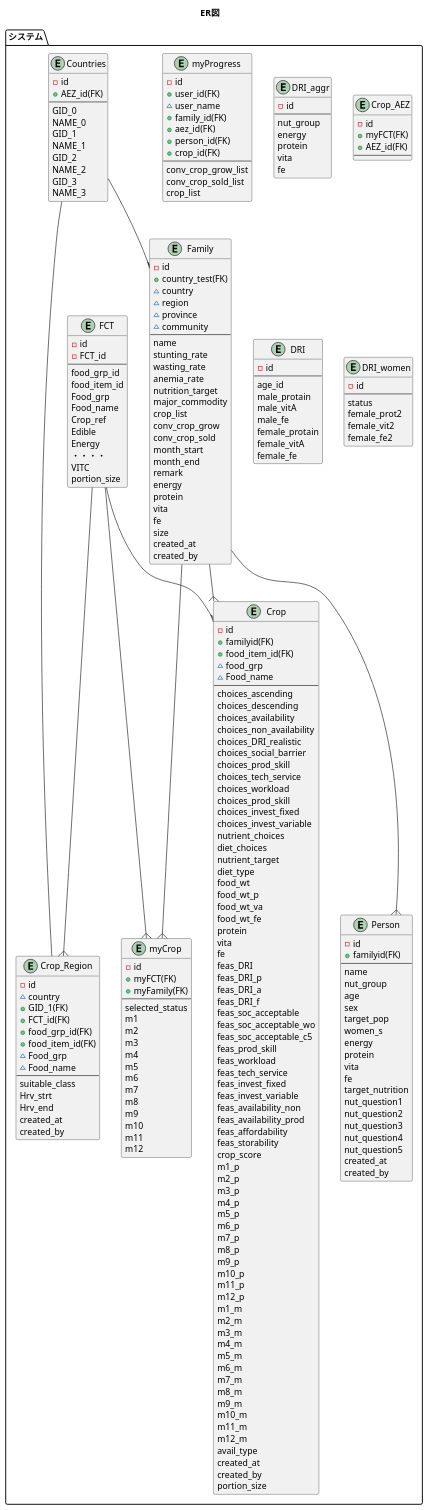
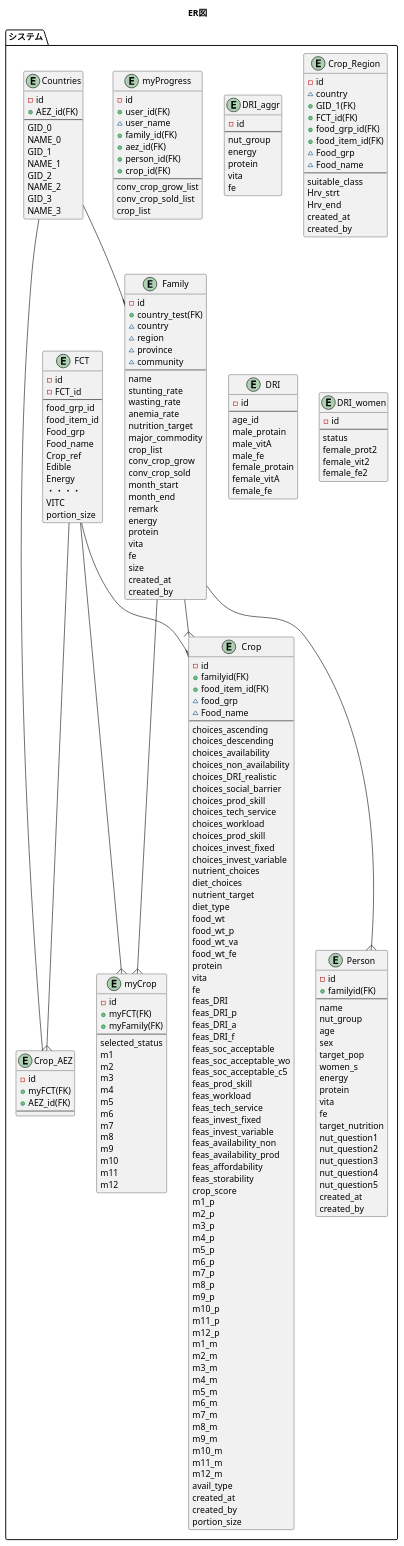
The diagram in myApp/static/ULM/ER01.pu (snakada1615/ifna_pwa02), drawn with PlantUML before and after one commit. The commit also changed 2 other files, not shown here.

Commit message:
Add: UML update

```diff
--- a/myApp/static/ULM/ER01.pu
+++ b/myApp/static/ULM/ER01.pu
@@ -254,8 +254,8 @@
 Family --{ Person
 Family --{ Crop
 FCT --{ Crop
-Countries -- Crop_Region
-FCT --{ Crop_Region
+Countries -- Crop_AEZ
+FCT --{ Crop_AEZ
 FCT --{ myCrop
 Family --{ myCrop
 
```
